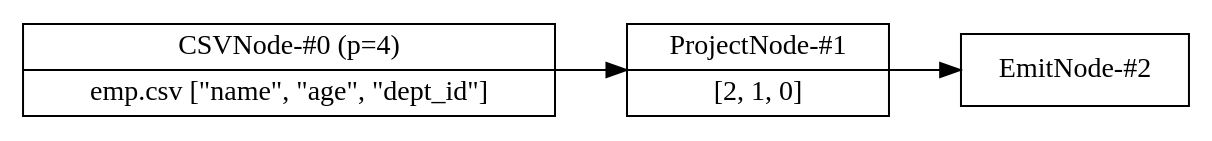
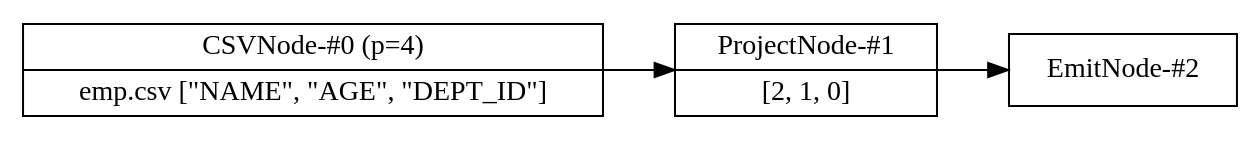
The diagram in flow.dot (adarshpannu/kona), drawn with Graphviz before and after one commit. The commit also changed 6 other files, not shown here.

```diff
--- a/flow.dot
+++ b/flow.dot
@@ -1,11 +1,11 @@
 digraph example1 {
     node [shape=record];
     rankdir=LR;
     splines=polyline;
     nodesep=0.5;
-    Node0[label="CSVNode-#0 (p=4)|emp.csv [\"name\", \"age\", \"dept_id\"]"];
+    Node0[label="CSVNode-#0 (p=4)|emp.csv [\"NAME\", \"AGE\", \"DEPT_ID\"]"];
     Node1[label="ProjectNode-#1|[2, 1, 0]"];
     Node0 -> Node1;
     Node2[label="EmitNode-#2"];
     Node1 -> Node2;
 }
```
